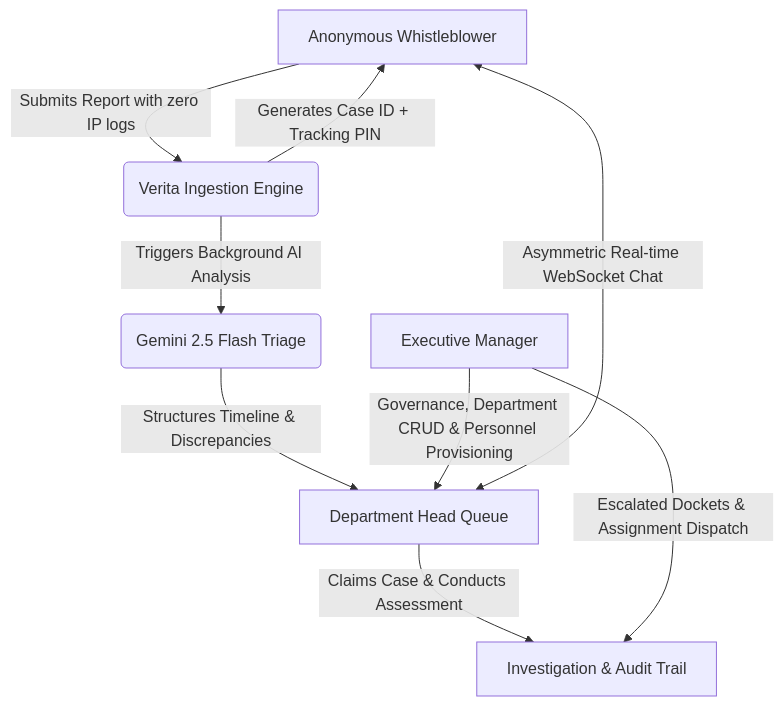
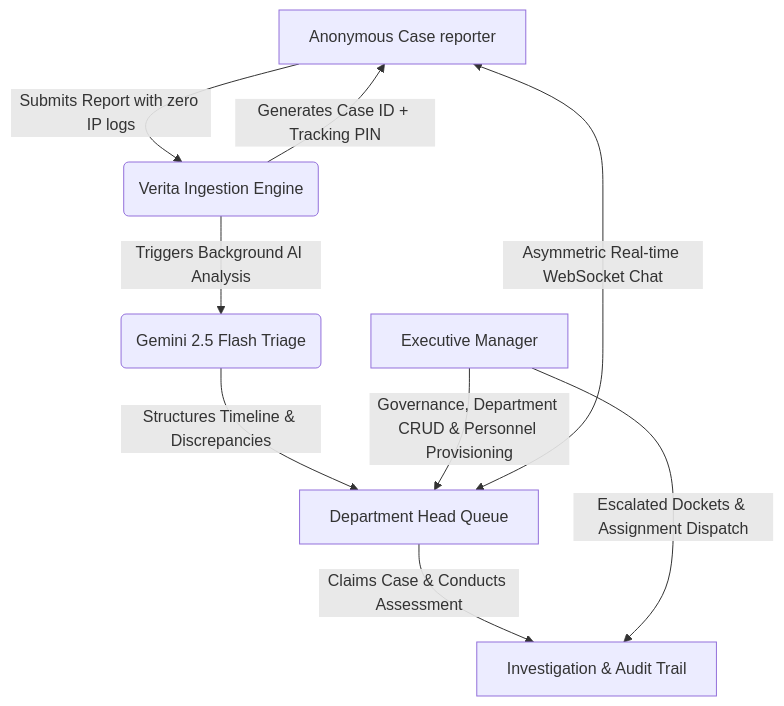
Before and after one commit to CarmineAkanabe/verita-vue: the diagram in README.md, drawn with Mermaid. The commit also changed other lines of this file and 14 other files, not shown here.

````diff
--- a/README.md
+++ b/README.md
@@ -30,11 +30,11 @@
 ```mermaid
 graph TD
-    A[Anonymous Whistleblower] -->|Submits Report with zero IP logs| B(Verita Ingestion Engine)
+    A[Anonymous Case reporter] -->|Submits Report with zero IP logs| B(Verita Ingestion Engine)
     B -->|Generates Case ID + Tracking PIN| A
     B -->|Triggers Background AI Analysis| C(Gemini 2.5 Flash Triage)
     C -->|Structures Timeline & Discrepancies| D[Department Head Queue]
     D -->|Claims Case & Conducts Assessment| E[Investigation & Audit Trail]
     D <-->|Asymmetric Real-time WebSocket Chat| A
     F[Executive Manager] -->|Governance, Department CRUD & Personnel Provisioning| D
     F -->|Escalated Dockets & Assignment Dispatch| E
 ```
````
